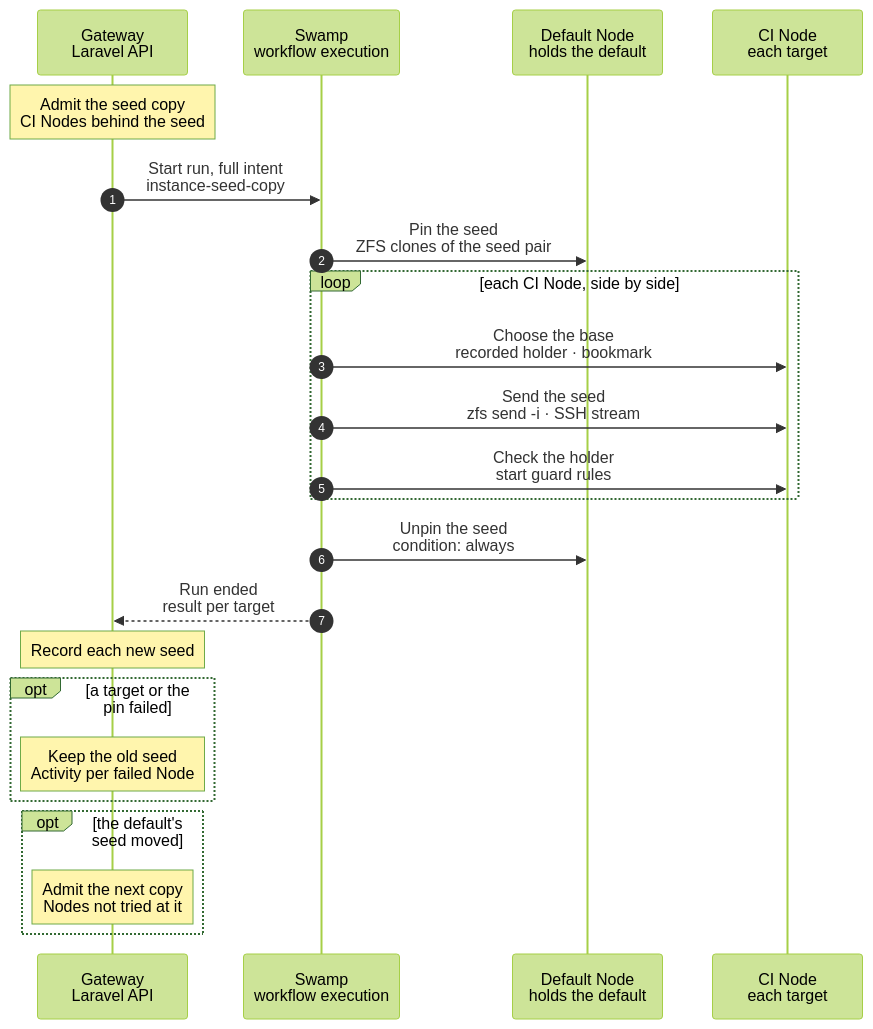
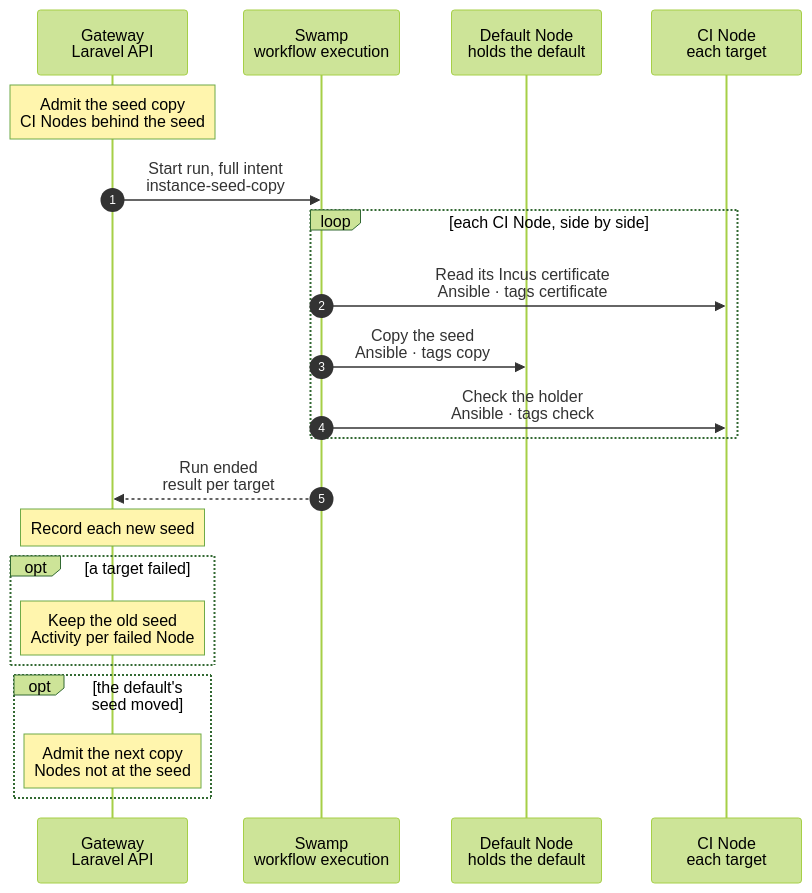
One commit to hardimpactdev/orbit changed the diagram in docs/cli/instance/seed-copy.mmd. Above: the diagram before and after it, drawn with Mermaid (forest theme). The commit also changed 5 other files, not shown here.

First line of the commit message:
docs(ci): the seed moves with incus copy --refresh in push mode

```diff
--- a/docs/cli/instance/seed-copy.mmd
+++ b/docs/cli/instance/seed-copy.mmd
@@ -1,86 +1,69 @@
 sequenceDiagram
-  %% Target design, ADR 0260 build step 4 (docs/reference/development-containers.md#the-seed-on-each-ci-node): each Node that offers proof places, other than the default's own Node, keeps its own seed of the proof Project's default. One run per seed of the default pins the seed once on the default's Node and sends it to every CI Node whose seed is behind; each target may fail alone. Decided by the owner (2026-11-16): the send is incremental. The stream passes the Swamp worker, which is remote from the CI Nodes and short of CPU, and a full seed pair is large; so each CI Node keeps its last seed as the base of the next one, and a full send happens only when a Node has no common seed. Rejected: one seed that every copy fetches over the network at its start (ADR 0260), a seed Instance per CI Node that refreshes its own fleet, and an Incus copy between Nodes, which needs Incus API trust between them.
+  %% Target design, ADR 0260 build step 4 (docs/reference/development-containers.md#the-seed-on-each-ci-node): each Node that offers proof places, other than the default's own Node, keeps its own seed of the proof Project's default. One run per seed of the default sends the seed to every CI Node whose seed is behind; each target may fail alone.
+  %% Decided by the main orchestrator (2026-11-16): Incus moves the seed, `incus copy --refresh --mode=push` from the default's Node to each CI Node over WireGuard. Push mode needs a listener on the target only, so the default's Node gets a client remote and no daemon change. Each CI Node listens on its WireGuard address and trusts the default Node's client certificate for `orbit-instances-nested` only (docs/reference/node-provisioning.md#the-seed-listener). `--refresh` sends only the snapshots that changed. Rejected: one seed that every copy fetches over the network at its start (ADR 0260), a seed Instance per CI Node that refreshes its own fleet, and a ZFS stream through the Swamp worker with bookmarks of Orbit's own.
   %% status: draft
   %% command: none · after the proof default records a seed, or a CI Node's ci-runner add or converge passes
   %% kind: instance.seed_copy
   autonumber
   %% lane GW icon=gateway pill=intent tone=blue
   %% lane SW icon=workflow pill=executes tone=green
   %% lane N icon=server pill=target tone=amber
   %% lane C icon=server pill=target tone=purple
   participant GW as Gateway<br/>Laravel API
   participant SW as Swamp<br/>workflow execution
   participant N as Default Node<br/>holds the default
   participant C as CI Node<br/>each target
   Note over GW: Admit the seed copy<br/>CI Nodes behind the seed
   %%> Started by:
   %%> - the proof default records a new seed: the refresh after a release, or an `instance:deploy` of the default
   %%> - a `ci-runner` add or converge of a Node that offers proof places passes
-  %%> - a seed copy ends: for the Nodes it did not try at the default's current seed
+  %%> - a seed copy ends: for the Nodes it did not bring to the default's current seed
   %%> Requirements:
   %%> - the proof Project's default is active and has a seed; a seed is its commit and the time the default took it
   %%> - targets: every Node that offers proof places (`ci-runner`, CI places, with or without `app-dev`), other than the default's Node, whose recorded seed is not that seed (docs/reference/node-provisioning.md#proof-copies-on-a-ci-node); with none, nothing is admitted
   %%> - one copy at a time: an open copy holds the default's seed-copy lock, `operation.target_busy`
   %%> Result:
-  %%> - a task is recorded with the full intent: the default's Node and seed pair, the recorded holder of every target, and per target the new holder `proof-seed-OPERATION`
+  %%> - a task is recorded with the full intent: the default's Node, container and inner volume, and per target its Node and WireGuard address
   GW->>SW: Start run, full intent<br/>instance-seed-copy
-  SW->>N: Pin the seed<br/>ZFS clones of the seed pair
-  %%> What it does:
-  %%> - copies the container snapshot `seed-COMMIT` and the volume snapshot of the same name into the stopped pair `seed-copy-OPERATION`, as ZFS clones
-  %%> - takes the default's seed lock on the Node, the one the seed step holds during a retake, so it never reads a pair that a retake is replacing
-  %%> - marks both snapshots of the seed pair with the ZFS bookmark `proof-seed-OPERATION`: the default's half of the next base; a bookmark holds no data and never stops a retake from deleting an old seed
-  %%> - first deletes a pinned pair that an earlier run left
-  %%> Why:
-  %%> - a later retake of the default cannot change what the copy reads; one pin serves every target, so it takes one ID range on the default's Node
-  %%> On failure:
-  %%> - no free ID range, or the seed is gone: `instance.seed_copy_failed`; no target is tried
   loop each CI Node, side by side
-    SW->>C: Choose the base<br/>recorded holder · bookmark
+    SW->>C: Read its Incus certificate<br/>Ansible · tags certificate
     %%> What it does:
-    %%> - first deletes each holder on the Node that is neither recorded nor this run's, so an old holder goes only after the Gateway checked and recorded the new one
-    %%> - the base is the recorded holder `proof-seed-X` when its snapshot `seed-COMMIT` and its volume's snapshot are on the Node and the bookmark `proof-seed-X` is on both datasets of the default's Node
-    %%> Why:
-    %%> - the last seed the Node received is the base of the next one; the bookmark is the same snapshot on the default's side, so `zfs send -i` can start from it
-    %%> Result:
-    %%> - with no base (the Node's first seed, or a failure lost it): this target gets a full send; the other targets are not changed
-    SW->>C: Send the seed<br/>zfs send -i · SSH stream
+    %%> - reads the Incus server certificate of the CI Node and checks that the Node listens on its WireGuard address
+    %%> On failure:
+    %%> - no listener yet: this target fails; a `ci-runner` converge of the Node adds the listener and the trust
+    SW->>N: Copy the seed<br/>Ansible · tags copy
     %%> What it does:
-    %%> - with a base: makes the new holder `proof-seed-OPERATION` and its volume `proof-seed-OPERATION-inner` in `orbit-instances-nested` as clones of the base, beside the recorded holder; sends the change from the bookmark to the seed, for the container and for its volume (`zfs send -i`)
-    %%> - without a base: sends the full seed pair into the new holder and its volume
-    %%> - streams from `zfs send` on the default's Node through the worker's two SSH connections straight into `zfs receive` on the CI Node; nothing stays on the worker or in a file
-    %%> - the received snapshot is the holder's snapshot `seed-COMMIT`; Incus takes no new one, so the snapshot keeps the identity the next change needs
-    %%> - the holder never starts
-    %%> Why:
-    %%> - the worker is remote from the CI Nodes and short of CPU, and a full seed pair is large; a release changes a small part of it
-    %%> - the worker already reaches both Nodes over SSH; no Node trusts another
+    %%> - adds the client remote `proof-node-ID` of root when it is missing, and refuses when the certificate that root's client stored for it is not the one read on the CI Node
+    %%> - `incus copy DEFAULT proof-node-ID:proof-seed --refresh --mode=push` in `orbit-instances-nested`, then `incus storage volume copy` of the inner volume to `proof-seed-inner` with the same flags
+    %%> Why push:
+    %%> - the source server sends the data and only the target listens, so the default's Node needs no listener and no daemon change
+    %%> Why refresh:
+    %%> - Incus compares the snapshots on both sides and sends only the newer ones; the holder gets `seed-COMMIT` natively; the first copy to a Node sends the whole pair
+    %%> Why the whole instance:
+    %%> - a snapshot source carries no snapshots, so a refresh from it could not find a common one
     %%> On failure:
-    %%> - no free ID range for the new holder: the detail says `No free ID range for the new seed`
-    SW->>C: Check the holder<br/>start guard rules
+    %%> - this target fails with `instance.seed_copy_failed`; the other targets go on
+    SW->>C: Check the holder<br/>Ansible · tags check
     %%> What it does:
+    %%> - the holder `proof-seed` has the snapshot `seed-COMMIT` that the run was admitted for, and its volume has the snapshot of the same name
     %%> - the holder's config and devices match the default's, as the start guard checks them; the volume has exactly the inner volume's keys
-    %%> On failure:
-    %%> - this target fails with `instance.seed_copy_failed` and deletes what it made on its Node; its recorded holder stays, and it is the base of the next copy; the other targets go on
   end
-  SW->>N: Unpin the seed<br/>condition: always
-  %%> What it does:
-  %%> - deletes the pinned pair, also after a failed target or a failed pin
-  %%> - deletes each bookmark `proof-seed-*` that is neither this run's nor named by a CI Node's recorded holder
   SW-->>GW: Run ended<br/>result per target
   %%> How the Gateway learns it:
   %%> - its shared run reader sees the terminal event; Swamp never calls the Gateway
   Note over GW: Record each new seed
   %%> Result:
-  %%> - each Node whose target passed records the new holder, its commit and its time as its seed; it offers proof places again
-  %%> - a proof copy on that Node clones the recorded holder with the clone step of every copy
-  opt a target or the pin failed
+  %%> - each Node whose target passed records the seed it was admitted for: its commit and its time; it offers proof places again
+  %%> - a proof copy on that Node clones `proof-seed/seed-COMMIT` with the clone step of every copy
+  opt a target failed
     Note over GW: Keep the old seed<br/>Activity per failed Node
     %%> Result:
-    %%> - the failed Node keeps its recorded holder and offers no proof places until a copy passes; copies made earlier keep running
+    %%> - the failed Node keeps its recorded seed and offers no proof places until a copy passes; copies made earlier keep running
     %%> - the Activity row `instance.seed_copy_failed` names the Node, the Operation and the detail
     %%> - the release and the default are unchanged; the next trigger copies again, and a rerun is safe
   end
   opt the default's seed moved
-    Note over GW: Admit the next copy<br/>Nodes not tried at it
+    Note over GW: Admit the next copy<br/>Nodes not at the seed
     %%> When:
     %%> - the default took a newer seed while the copy ran, or a Node became a target while the copy held the lock
   end
```
